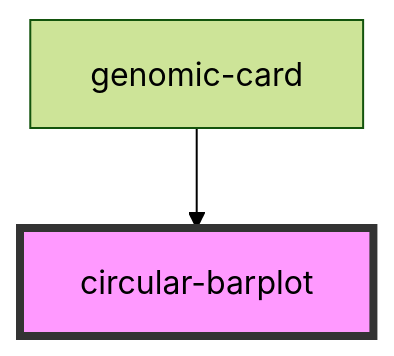
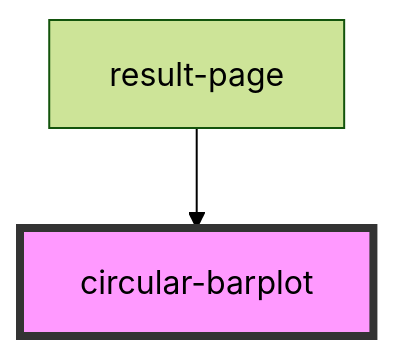
Before and after one commit to MMSB-MOBI/result_page_crispr: the diagram in src/components/circular-barplot/readme.md, drawn with Mermaid (forest theme). The commit also changed other lines of this file and 11 other files, not shown here.

````diff
--- a/src/components/circular-barplot/readme.md
+++ b/src/components/circular-barplot/readme.md
@@ -27,5 +27,5 @@
 ```mermaid
 graph TD;
-  genomic-card --> circular-barplot
+  result-page --> circular-barplot
   style circular-barplot fill:#f9f,stroke:#333,stroke-width:4px
 ```
````
